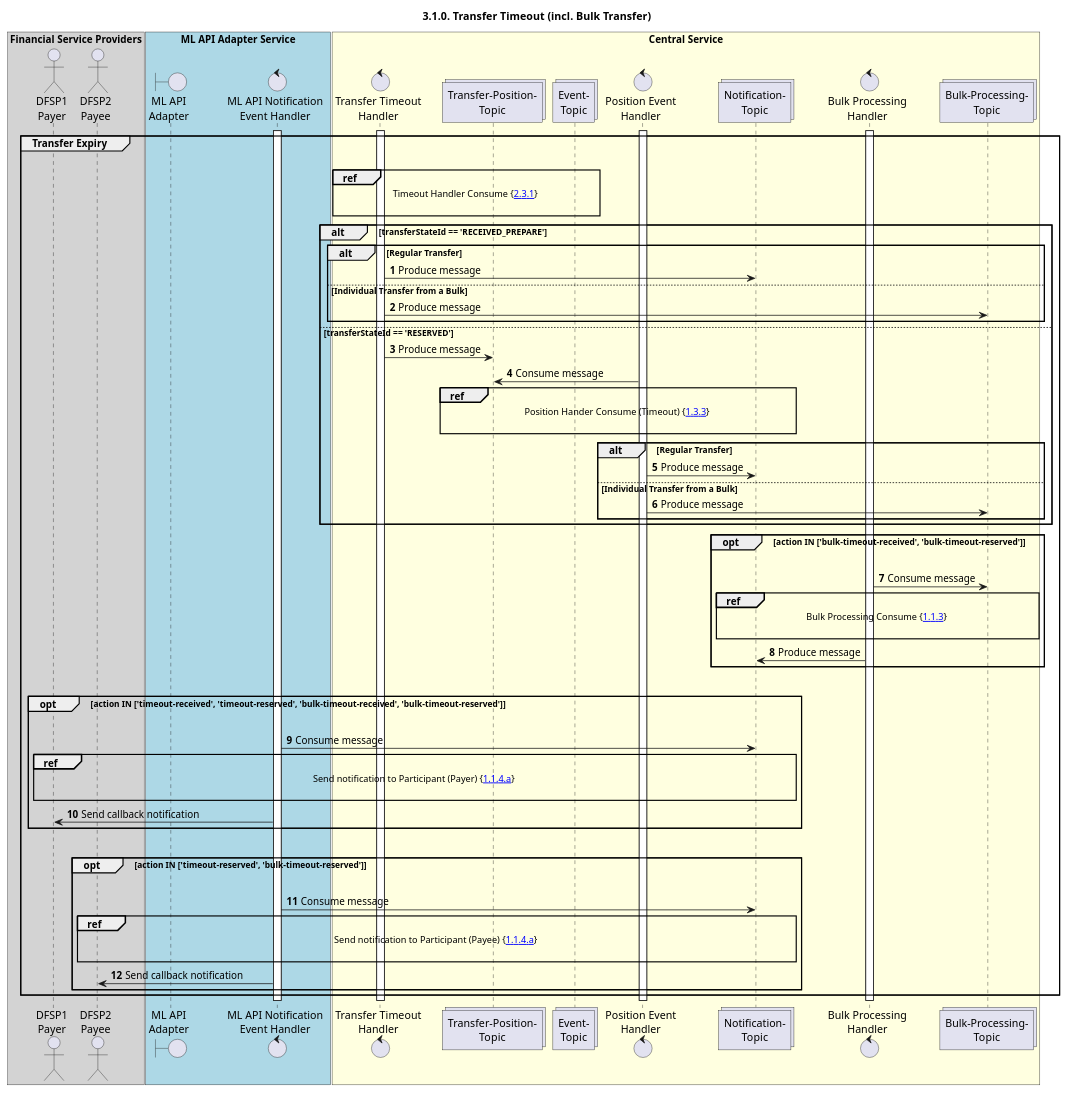
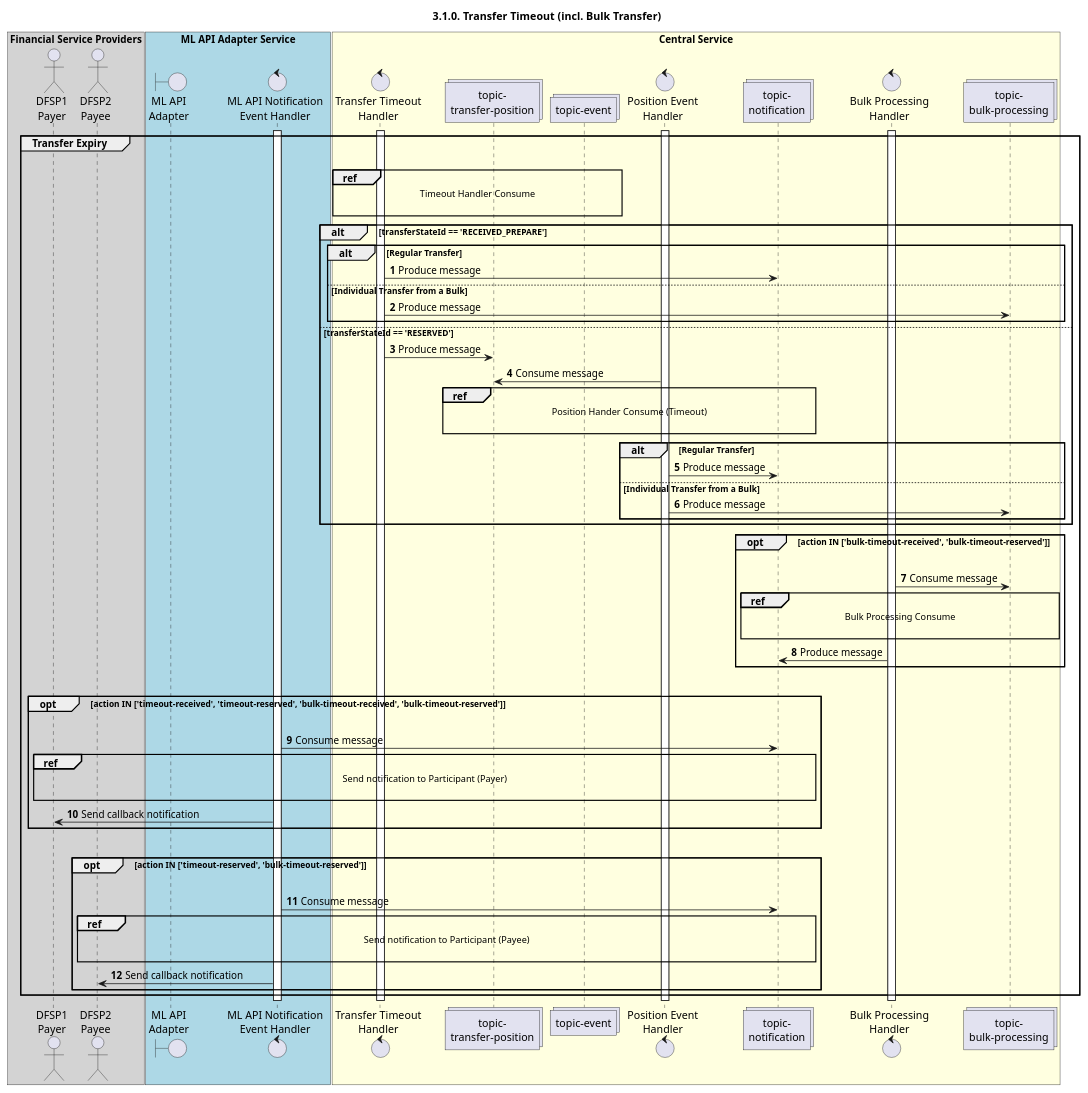
The diagram in mojaloop-technical-overview/central-bulk-transfers/assets/diagrams/sequence/seq-bulk-3.1.0-timeout-overview.plantuml (mojaloop/documentation), drawn with PlantUML before and after one commit. The commit also changed 29 other files, not shown here.

Commit message:
Updated diagrams for bulk-processing

```diff
--- a/mojaloop-technical-overview/central-bulk-transfers/assets/diagrams/sequence/seq-bulk-3.1.0-timeout-overview.plantuml
+++ b/mojaloop-technical-overview/central-bulk-transfers/assets/diagrams/sequence/seq-bulk-3.1.0-timeout-overview.plantuml
@@ -25,96 +25,96 @@
 @startuml
 ' declate title
 title 3.1.0. Transfer Timeout (incl. Bulk Transfer)
 
 autonumber
 
 ' Actor Keys:
 '   boundary - APIs/Interfaces, etc
 '   collections - Kafka Topics
 '   control - Kafka Consumers
 '   entity - Database Access Objects
 '   database - Database Persistance Store
 
 ' declare actors
 actor "DFSP1\nPayer" as DFSP1
 actor "DFSP2\nPayee" as DFSP2
 boundary "ML API\nAdapter" as MLAPI
 control "ML API Notification\nEvent Handler" as NOTIFY_HANDLER
 control "Transfer Timeout\nHandler" as EXP_HANDLER
-collections "Transfer-Position-\nTopic" as TOPIC_TRANSFER_POSITION
+collections "topic-\ntransfer-position" as TOPIC_TRANSFER_POSITION
 control "Position Event\nHandler" as POS_HANDLER
 control "Bulk Processing\nHandler" as BULK_PROCESSING_HANDLER
-collections "Notification-\nTopic" as TOPIC_NOTIFICATIONS
-collections "Event-\nTopic" as TOPIC_EVENT
-collections "Bulk-Processing-\nTopic" as BULK_PROCESSING_TOPIC
+collections "topic-\nnotification" as TOPIC_NOTIFICATIONS
+collections "topic-event" as TOPIC_EVENT
+collections "topic-\nbulk-processing" as BULK_PROCESSING_TOPIC
 
 box "Financial Service Providers" #lightGray
 	participant DFSP1
 	participant DFSP2
 end box
 
 box "ML API Adapter Service" #LightBlue
 	participant MLAPI
 	participant NOTIFY_HANDLER
 end box
 
 box "Central Service" #LightYellow
     participant EXP_HANDLER
     participant TOPIC_TRANSFER_POSITION
     participant TOPIC_EVENT
     participant POS_HANDLER
     participant TOPIC_NOTIFICATIONS
     participant BULK_PROCESSING_HANDLER
     participant BULK_PROCESSING_TOPIC
 end box
 
 ' start flow
 activate NOTIFY_HANDLER
 activate EXP_HANDLER
 activate POS_HANDLER
 activate BULK_PROCESSING_HANDLER
 group Transfer Expiry
     |||
-    ref over EXP_HANDLER, TOPIC_EVENT :  Timeout Handler Consume {[[https://TODO-input-path-to/**/seq-timeout-2.3.1.svg 2.3.1]]} \n
+    ref over EXP_HANDLER, TOPIC_EVENT :  Timeout Handler Consume\n
     alt transferStateId == 'RECEIVED_PREPARE'
         alt Regular Transfer
             EXP_HANDLER -> TOPIC_NOTIFICATIONS: Produce message
         else Individual Transfer from a Bulk
             EXP_HANDLER -> BULK_PROCESSING_TOPIC: Produce message
         end
     else transferStateId == 'RESERVED'
         EXP_HANDLER -> TOPIC_TRANSFER_POSITION: Produce message
         TOPIC_TRANSFER_POSITION <- POS_HANDLER: Consume message
-        ref over TOPIC_TRANSFER_POSITION, TOPIC_NOTIFICATIONS :  Position Hander Consume (Timeout) {[[https://TODO-input-path-to/**/seq-position-1.3.3-abort.svg 1.3.3]]} \n
+        ref over TOPIC_TRANSFER_POSITION, TOPIC_NOTIFICATIONS :  Position Hander Consume (Timeout)\n
         alt Regular Transfer
             POS_HANDLER -> TOPIC_NOTIFICATIONS: Produce message
         else Individual Transfer from a Bulk
             POS_HANDLER -> BULK_PROCESSING_TOPIC: Produce message
         end
     end
     opt action IN ['bulk-timeout-received', 'bulk-timeout-reserved']
         |||
         BULK_PROCESSING_TOPIC <- BULK_PROCESSING_HANDLER: Consume message
-        ref over TOPIC_NOTIFICATIONS, BULK_PROCESSING_TOPIC : Bulk Processing Consume {[[https://TODO-input-path-to/**/seq-bulk-processing-1.1.3.svg 1.1.3]]} \n
+        ref over TOPIC_NOTIFICATIONS, BULK_PROCESSING_TOPIC : Bulk Processing Consume\n
         BULK_PROCESSING_HANDLER -> TOPIC_NOTIFICATIONS: Produce message
     end
     |||
     opt action IN ['timeout-received', 'timeout-reserved', 'bulk-timeout-received', 'bulk-timeout-reserved']
         |||
         TOPIC_NOTIFICATIONS <- NOTIFY_HANDLER: Consume message
-        ref over DFSP1, TOPIC_NOTIFICATIONS : Send notification to Participant (Payer) {[[https://TODO-input-path-to/**/seq-prepare-1.1.4.a.svg 1.1.4.a]]} \n
+        ref over DFSP1, TOPIC_NOTIFICATIONS : Send notification to Participant (Payer)\n
         NOTIFY_HANDLER -> DFSP1: Send callback notification
     end
     |||
     opt action IN ['timeout-reserved', 'bulk-timeout-reserved']
         |||
         TOPIC_NOTIFICATIONS <- NOTIFY_HANDLER: Consume message
-        ref over DFSP2, TOPIC_NOTIFICATIONS : Send notification to Participant (Payee) {[[https://TODO-input-path-to/**/seq-prepare-1.1.4.a.svg 1.1.4.a]]} \n
+        ref over DFSP2, TOPIC_NOTIFICATIONS : Send notification to Participant (Payee)\n
         NOTIFY_HANDLER -> DFSP2: Send callback notification
     end
 end
 deactivate BULK_PROCESSING_HANDLER
 deactivate POS_HANDLER
 deactivate EXP_HANDLER
 deactivate NOTIFY_HANDLER
 @enduml
```
